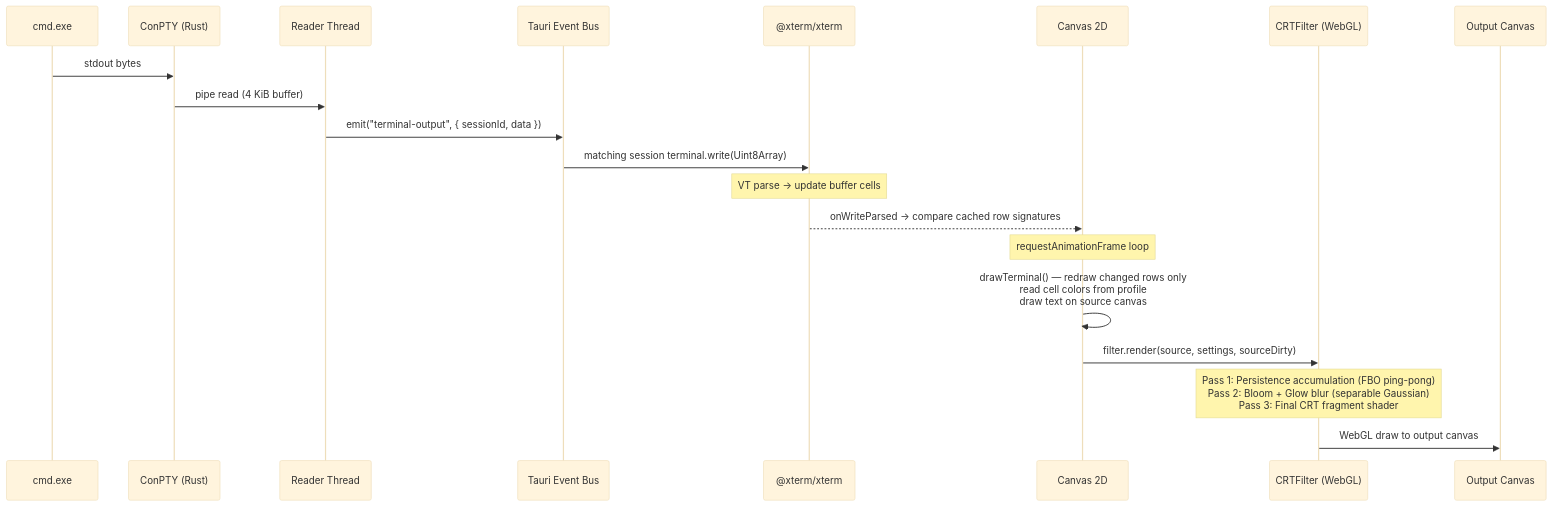
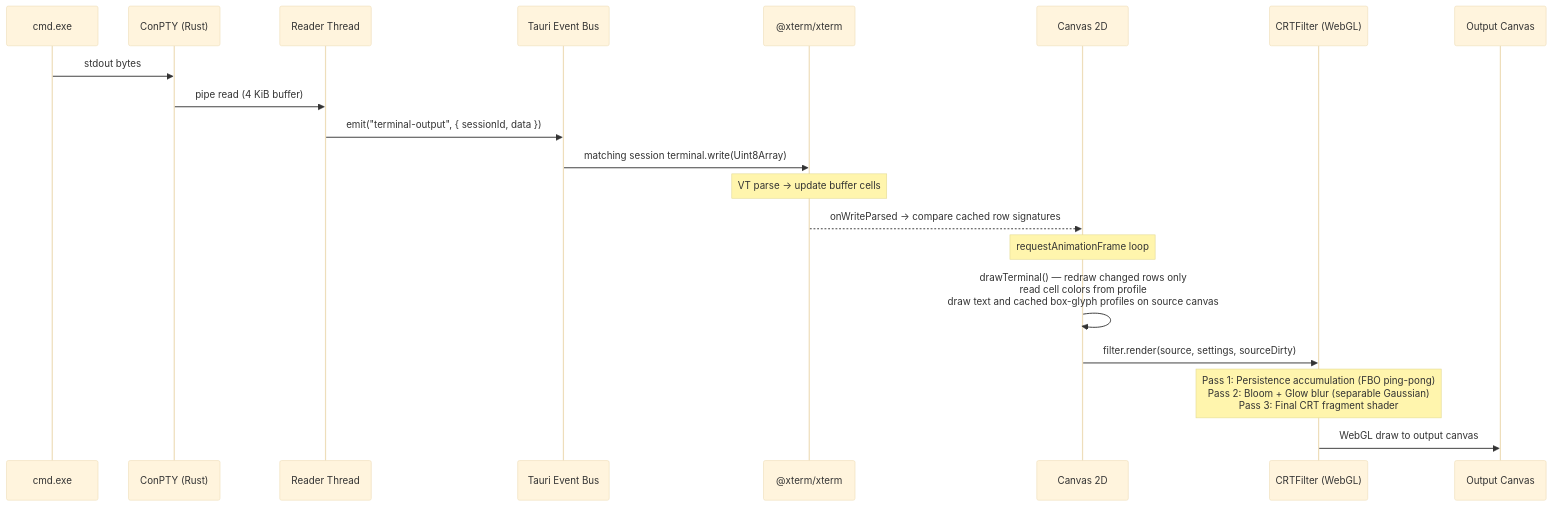
One commit to z-hunter/Scanline-Term changed the second of 6 diagrams in docs/02-architecture.md. Above: the diagram before and after it, drawn with Mermaid (base theme). The commit also changed 12 other files, not shown here.

````diff
--- a/docs/02-architecture.md
+++ b/docs/02-architecture.md
@@ -109,23 +109,23 @@
 ```mermaid
 sequenceDiagram
     participant Shell as cmd.exe
     participant ConPTY as ConPTY (Rust)
     participant Reader as Reader Thread
     participant Tauri as Tauri Event Bus
     participant Xterm as @xterm/xterm
     participant Canvas as Canvas 2D
     participant CRT as CRTFilter (WebGL)
     participant Screen as Output Canvas
 
     Shell->>ConPTY: stdout bytes
     ConPTY->>Reader: pipe read (4 KiB buffer)
     Reader->>Tauri: emit("terminal-output", { sessionId, data })
     Tauri->>Xterm: matching session terminal.write(Uint8Array)
     Note over Xterm: VT parse → update buffer cells
     Xterm-->>Canvas: onWriteParsed → compare cached row signatures
     Note over Canvas: requestAnimationFrame loop
-    Canvas->>Canvas: drawTerminal() — redraw changed rows only<br/>read cell colors from profile<br/>draw text on source canvas
+    Canvas->>Canvas: drawTerminal() — redraw changed rows only<br/>read cell colors from profile<br/>draw text and cached box-glyph profiles on source canvas
     Canvas->>CRT: filter.render(source, settings, sourceDirty)
     Note over CRT: Pass 1: Persistence accumulation (FBO ping-pong)<br/>Pass 2: Bloom + Glow blur (separable Gaussian)<br/>Pass 3: Final CRT fragment shader
     CRT->>Screen: WebGL draw to output canvas
 ```
````
